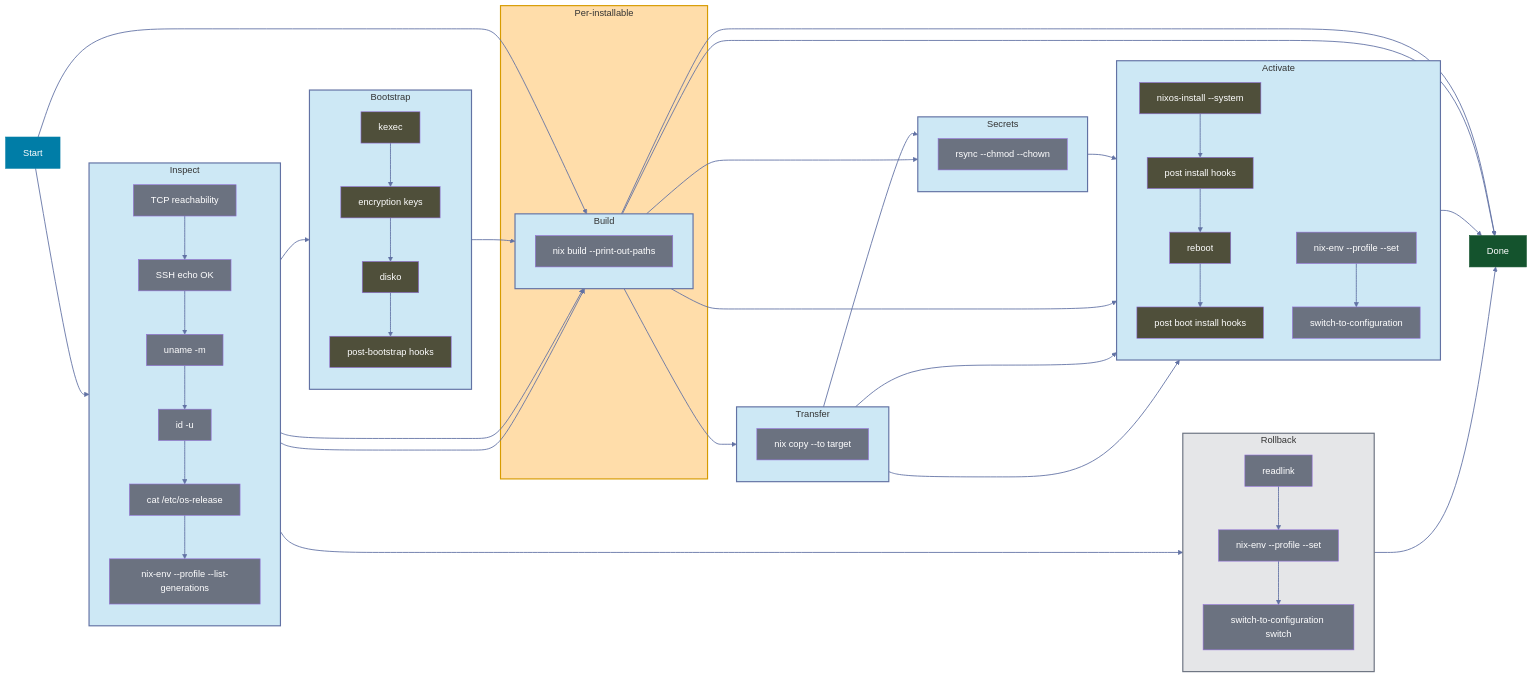
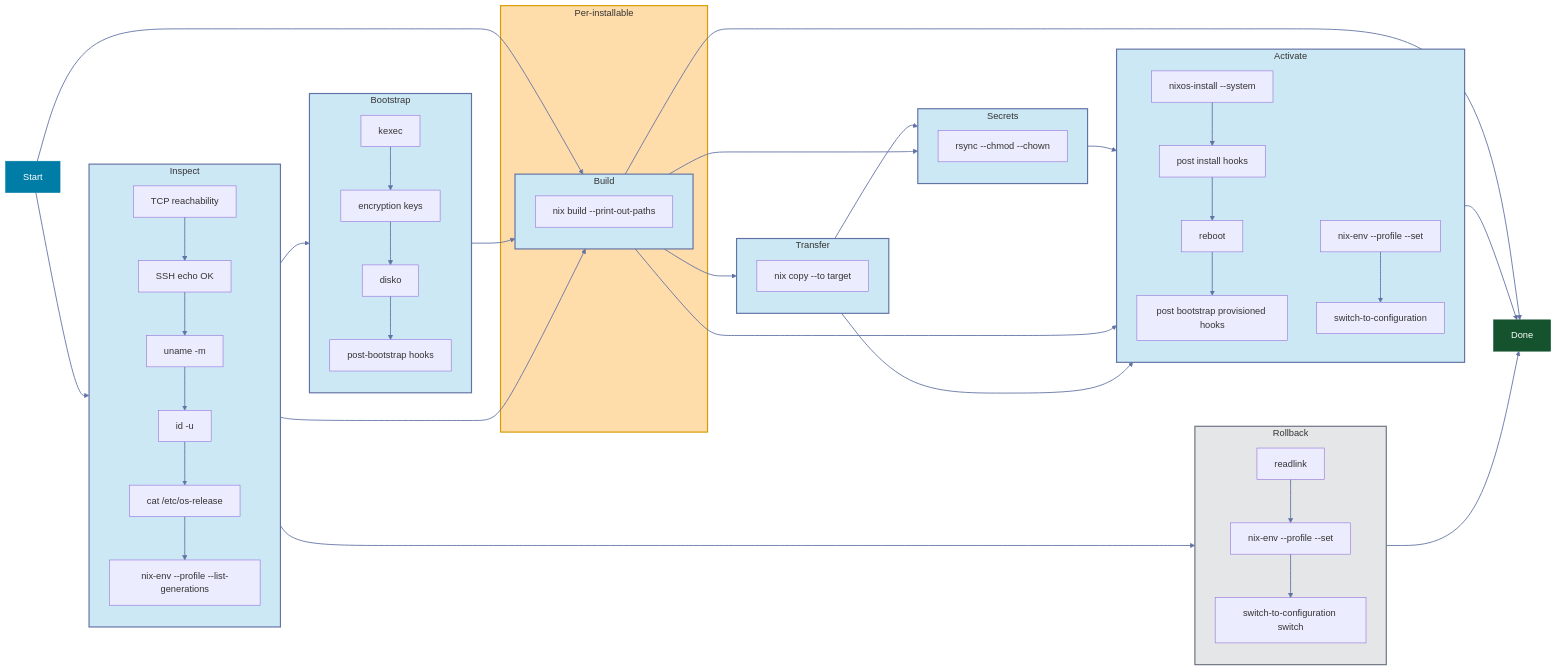
One commit to mihakrumpestar/panix changed the diagram in docs/src/content/docs/concepts/phases.mdx. Above: the diagram before and after it, drawn with Mermaid. The commit also changed other lines of this file and 127 other files, not shown here.

```diff
--- a/docs/src/content/docs/concepts/phases.mdx
+++ b/docs/src/content/docs/concepts/phases.mdx
@@ -24,13 +26,13 @@
   end
 
   subgraph Bootstrap
-    direction TB  
-  
+    direction TB
+
     A2[kexec] --> B2[encryption keys]
-    B2 --> C2[disko] 
+    B2 --> C2[disko]
     C2 --> D2[post-bootstrap hooks]
   end
-  
+
   subgraph Per-installable
     subgraph Build
       A3[nix build --print-out-paths]
@@ -40,17 +42,17 @@
   subgraph Transfer
     A4[nix copy --to target]
   end
-  
+
   subgraph Secrets
     A5[rsync --chmod --chown]
   end
-  
+
   subgraph Activate
     direction TB
 
     A6[nixos-install --system] --> B6[post install hooks]
     B6 --> C6[reboot]
-    C6 --> D6[post boot install hooks]
+    C6 --> D6[post bootstrap provisioned hooks]
 
     E6[nix-env --profile --set] --> F6[switch-to-configuration]
   end
@@ -69,32 +71,15 @@
   Build --> Transfer
   Transfer --> Secrets
   Secrets --> Activate
+  Activate --> Done
 
   Inspect --> Build
   Build --> Secrets
   Build --> Activate
   Transfer --> Activate
 
-  Inspect --> Build
-  Build --> Done
-  Transfer --> Activate
-  Activate --> Done
-
   Inspect --> Rollback
   Rollback --> Done
-
-
-  classDef cmd fill:#6B7280,color:#fff
-  classDef cmdBootstrap fill:#4F4F3A,color:#fff
-
-  class A1,B1,C1,D1,E1,F1 cmd
-  class A2,B2,C2,D2 cmdBootstrap
-  class A3 cmd
-  class A4 cmd
-  class A5 cmd
-  class A6,B6,C6,D6 cmdBootstrap
-  class E6,F6 cmd
-  class A7,B7,C7 cmd
 
   style Inspect fill:#cde8f5,stroke:#6272A4,stroke-width:2px,color:#333,fontWeight:bold
   style Bootstrap fill:#cde8f5,stroke:#6272A4,stroke-width:2px,color:#333,fontWeight:bold
```
